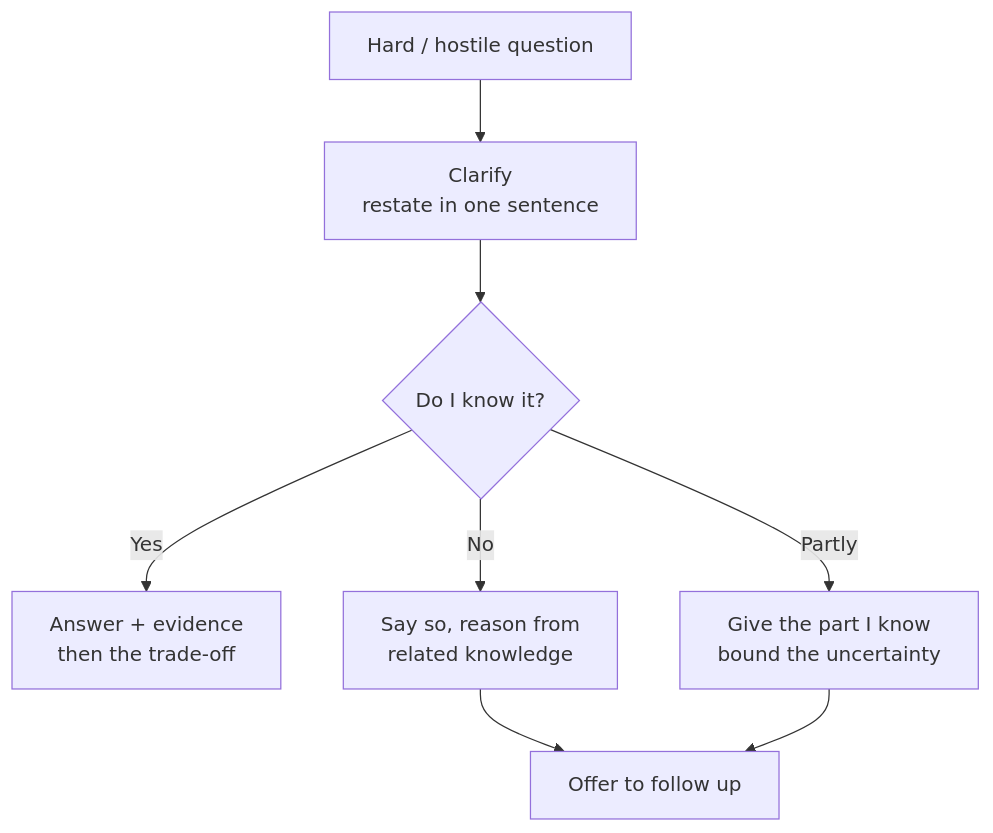
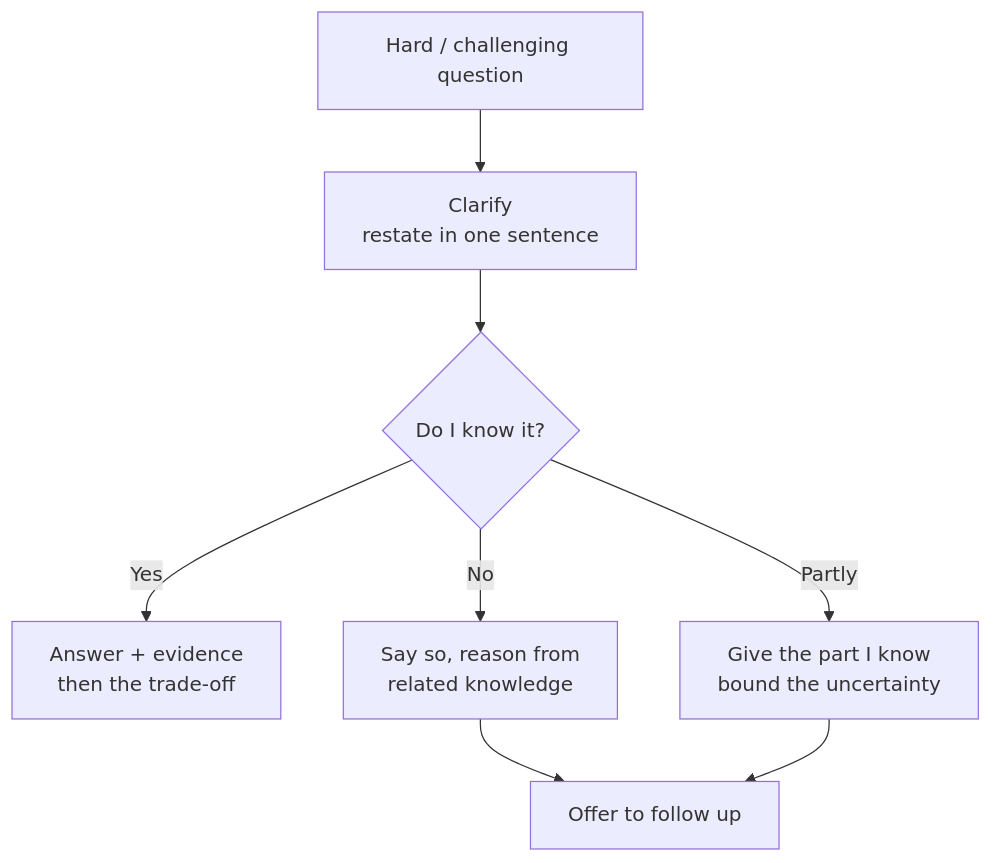
One commit to beomyoung-kim/ml_study changed the third of 3 diagrams in content/research/job-talk.ko.md. Above: the diagram before and after it, drawn with Mermaid. The commit also changed other lines of this file and 209 other files, not shown here.

````diff
--- a/content/research/job-talk.ko.md
+++ b/content/research/job-talk.ko.md
@@ -128,10 +128,10 @@
 ```mermaid
 flowchart TD
-  Q[Hard / hostile question] --> A[Clarify<br/>restate in one sentence]
-  A --> B{Do I know it?}
-  B -->|Yes| Y[Answer + evidence<br/>then the trade-off]
-  B -->|Partly| P[Give the part I know<br/>bound the uncertainty]
-  B -->|No| N[Say so, reason from<br/>related knowledge]
-  N --> R[Offer to follow up]
-  P --> R
+  JTQAQuestion[Hard / challenging question] --> JTQAClarify[Clarify<br/>restate in one sentence]
+  JTQAClarify --> JTQAKnow{Do I know it?}
+  JTQAKnow -->|Yes| JTQAAnswer[Answer + evidence<br/>then the trade-off]
+  JTQAKnow -->|Partly| JTQAPartial[Give the part I know<br/>bound the uncertainty]
+  JTQAKnow -->|No| JTQAUnknown[Say so, reason from<br/>related knowledge]
+  JTQAUnknown --> JTQAFollowUp[Offer to follow up]
+  JTQAPartial --> JTQAFollowUp
 ```
````
